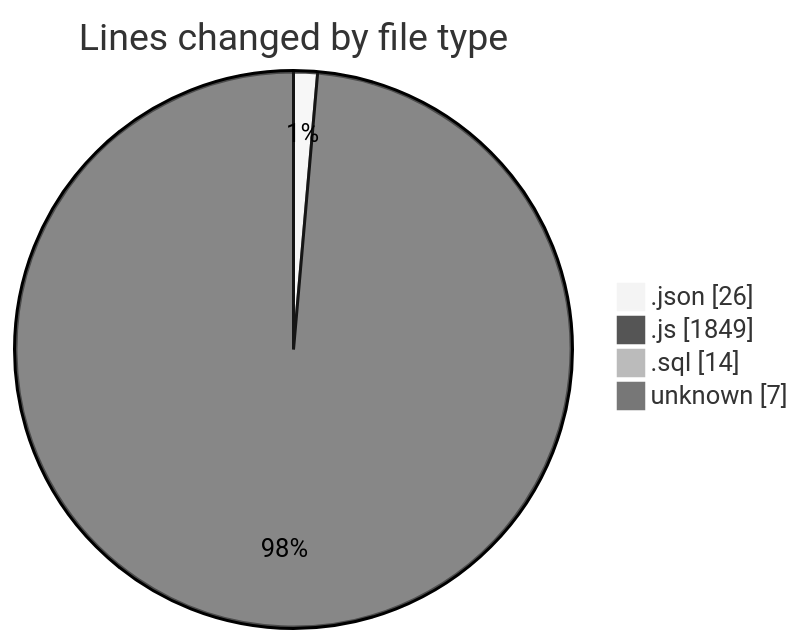
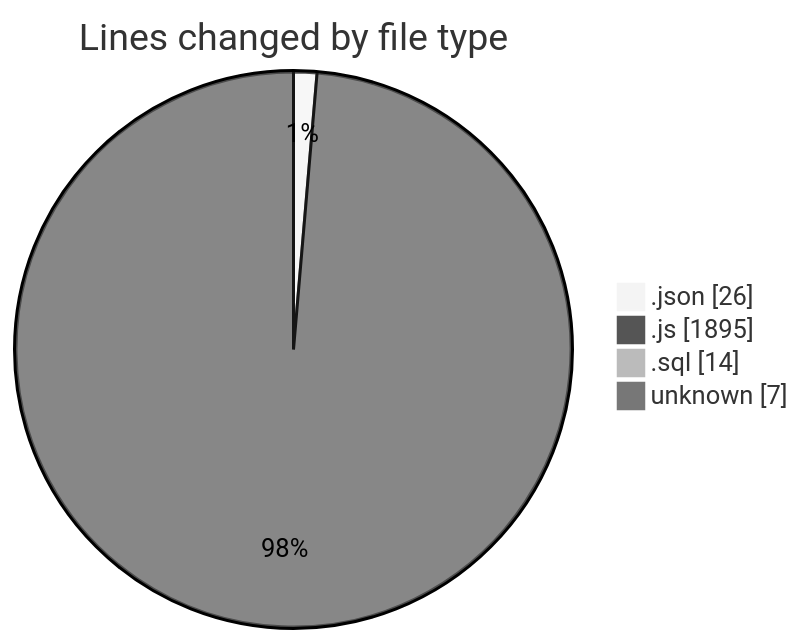
The first of 2 diagrams in 2025-09-10/cashcalc/README.md (nxtqubesakshisongat/code-tracking), drawn with Mermaid (neutral theme) before and after one commit. The commit also changed other lines of this file and 1 other file, not shown here.

````diff
--- a/2025-09-10/cashcalc/README.md
+++ b/2025-09-10/cashcalc/README.md
@@ -35,8 +36,8 @@
 ```mermaid
 pie showData
 title Lines changed by file type
 ".json" : 26
-".js" : 1849
+".js" : 1895
 ".sql" : 14
 "unknown" : 7
 ```
````
